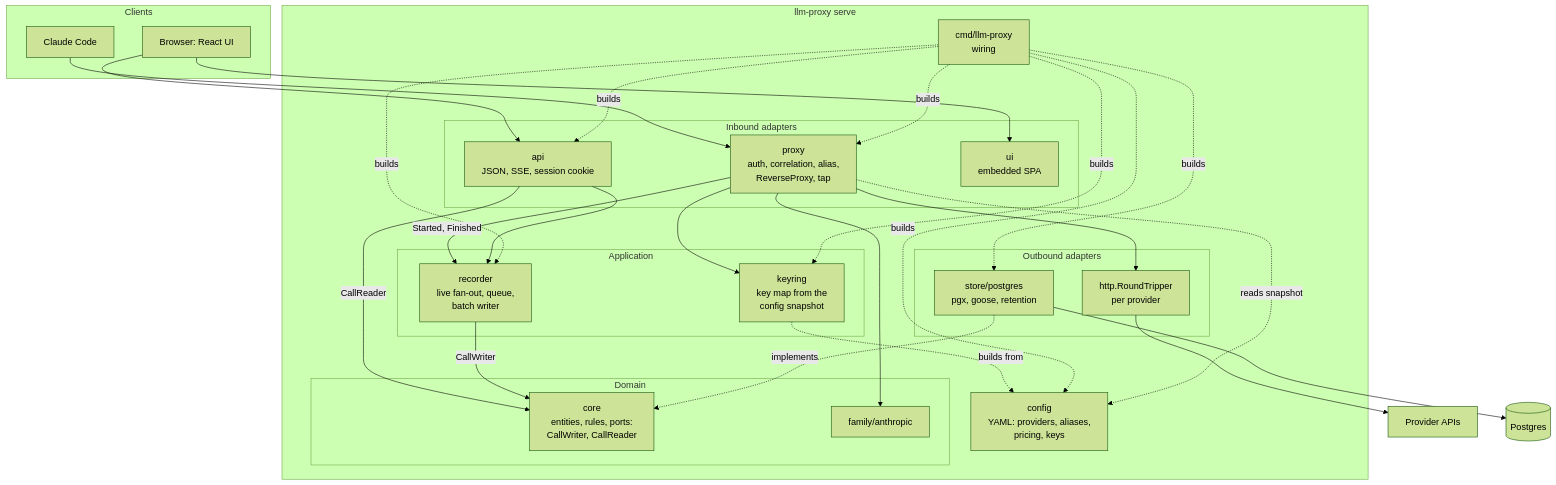
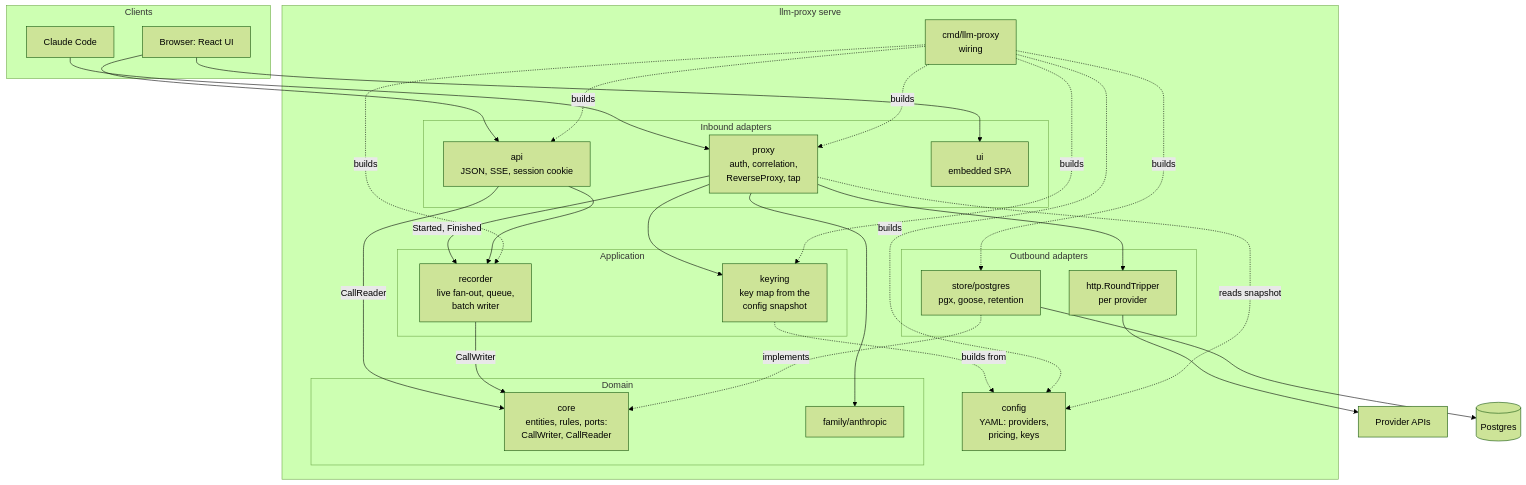
Before and after one commit to mtanzi/llm-proxy: the first of 3 diagrams in docs/architecture/backend.md, drawn with Mermaid (forest theme). The commit also changed other lines of this file and 5 other files, not shown here.

````diff
--- a/docs/architecture/backend.md
+++ b/docs/architecture/backend.md
@@ -28,48 +28,48 @@
 ```mermaid
 flowchart TB
     subgraph clients[Clients]
         cc[Claude Code]
         br[Browser: React UI]
     end
 
     subgraph bin[llm-proxy serve]
         subgraph inbound[Inbound adapters]
-            proxy["proxy<br/>auth, correlation, alias,<br/>ReverseProxy, tap"]
+            proxy["proxy<br/>auth, correlation,<br/>ReverseProxy, tap"]
             api["api<br/>JSON, SSE, session cookie"]
             ui["ui<br/>embedded SPA"]
         end
         subgraph app[Application]
             keyring["keyring<br/>key map from the<br/>config snapshot"]
             recorder["recorder<br/>live fan-out, queue,<br/>batch writer"]
         end
         subgraph domain[Domain]
             core["core<br/>entities, rules, ports:<br/>CallWriter, CallReader"]
             fam["family/anthropic"]
         end
         subgraph outbound[Outbound adapters]
             pgs["store/postgres<br/>pgx, goose, retention"]
             rt["http.RoundTripper<br/>per provider"]
         end
-        cfg["config<br/>YAML: providers, aliases,<br/>pricing, keys"]
+        cfg["config<br/>YAML: providers,<br/>pricing, keys"]
         wiring["cmd/llm-proxy<br/>wiring"]
     end
 
     up[Provider APIs]
     pg[(Postgres)]
 
     cc --> proxy
     br --> ui
     br --> api
     proxy --> keyring
     proxy --> fam
     proxy -->|Started, Finished| recorder
     proxy --> rt --> up
     api --> recorder
     api -->|CallReader| core
     recorder -->|CallWriter| core
     keyring -.builds from.-> cfg
     pgs -.implements.-> core
     pgs --> pg
     wiring -.builds.-> proxy & api & recorder & keyring & pgs & cfg
     proxy -.reads snapshot.-> cfg
 ```
````
